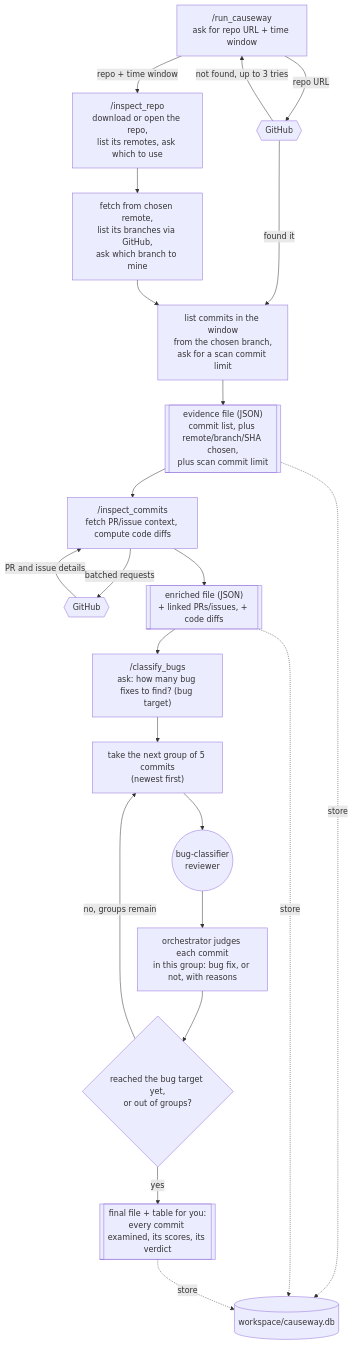
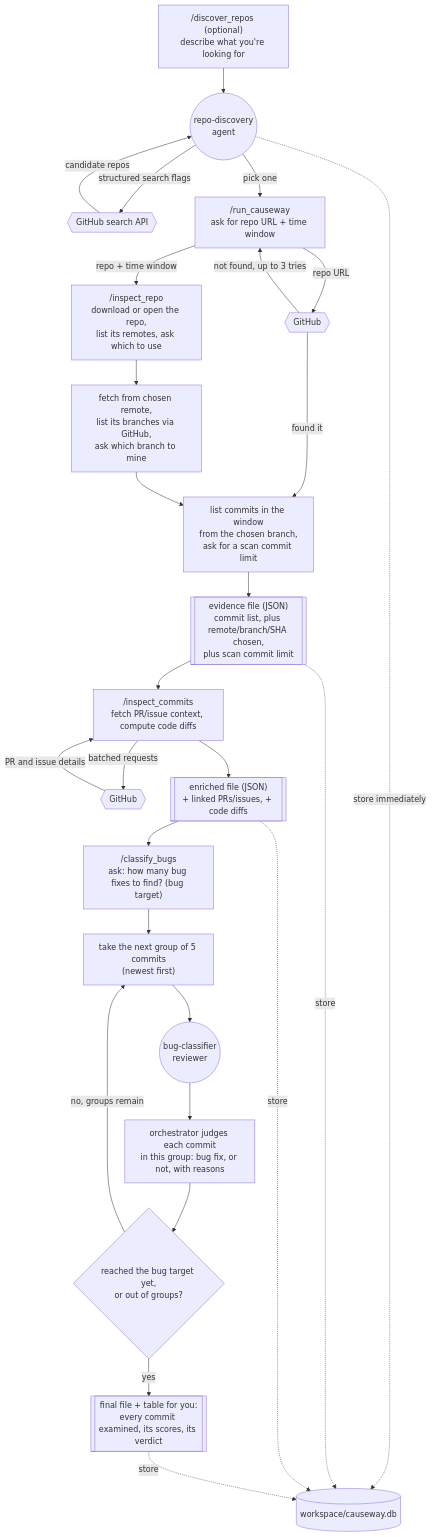
One commit to Preet0504/causeway changed the diagram in README.md. Above: the diagram before and after it, drawn with Mermaid. The commit also changed other lines of this file and 9 other files, not shown here.

````diff
--- a/README.md
+++ b/README.md
@@ -295,46 +353,56 @@
 ```mermaid
 flowchart TD
+    DR0["/discover_repos (optional)<br/>describe what you're looking for"]
+    REPODISC(("repo-discovery<br/>agent"))
+    DR0 --> REPODISC
+    DB[(workspace/causeway.db)]
+    GHSEARCH{{GitHub search API}}
+    REPODISC -- "structured search flags" --> GHSEARCH
+    GHSEARCH -- "candidate repos" --> REPODISC
+    REPODISC -. "store immediately" .-> DB
+    REPODISC -- "pick one" --> RC
+
     RC["/run_causeway<br/>ask for repo URL + time window"]
     GH1{{GitHub}}
     RC -- "repo URL" --> GH1
     GH1 -- "not found, up to 3 tries" --> RC
     GH1 -- "found it" --> IR
 
     IR0["/inspect_repo<br/>download or open the repo,<br/>list its remotes, ask which to use"]
     RC -- "repo + time window" --> IR0
     IR1["fetch from chosen remote,<br/>list its branches via GitHub,<br/>ask which branch to mine"]
     IR0 --> IR1
     IR["list commits in the window<br/>from the chosen branch,<br/>ask for a scan commit limit"]
     IR1 --> IR
 
     EV[["evidence file (JSON)<br/>commit list, plus remote/branch/SHA chosen,<br/>plus scan commit limit"]]
     IR --> EV
     DB[(workspace/causeway.db)]
     EV -. "store" .-> DB
 
     IC["/inspect_commits<br/>fetch PR/issue context, compute code diffs"]
     EV --> IC
     IC -- "batched requests" --> GH2{{GitHub}}
     GH2 -- "PR and issue details" --> IC
 
     EN[["enriched file (JSON)<br/>+ linked PRs/issues, + code diffs"]]
     IC --> EN
     EN -. "store" .-> DB
 
     CB["/classify_bugs<br/>ask: how many bug fixes to find? (bug target)"]
     EN --> CB
 
     NEXTBATCH["take the next group of 5 commits<br/>(newest first)"]
     CB --> NEXTBATCH
     REV(("bug-classifier<br/>reviewer"))
     NEXTBATCH --> REV
     JUDGE["orchestrator judges each commit<br/>in this group: bug fix, or not, with reasons"]
     REV --> JUDGE
     CHECK{"reached the bug target yet,<br/>or out of groups?"}
     JUDGE --> CHECK
     CHECK -- "no, groups remain" --> NEXTBATCH
     CHECK -- "yes" --> RESULT
 
     RESULT[["final file + table for you:<br/>every commit examined, its scores, its verdict"]]
     RESULT -. "store" .-> DB
 ```
````
